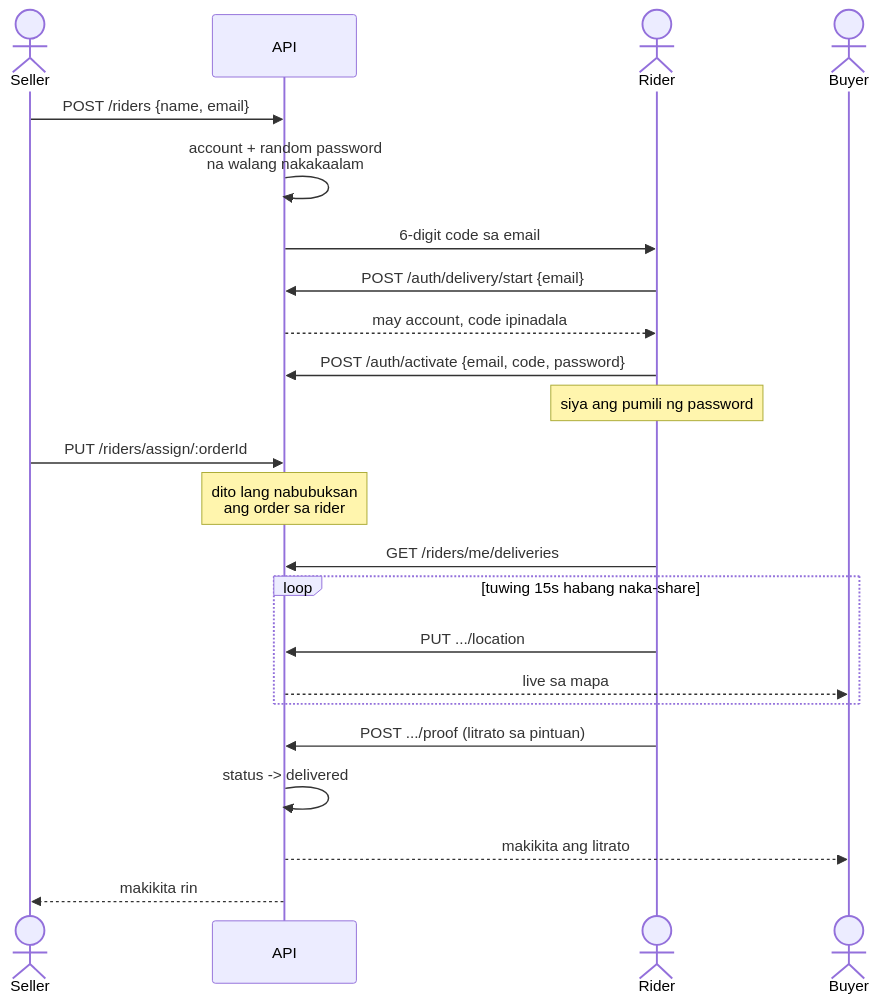
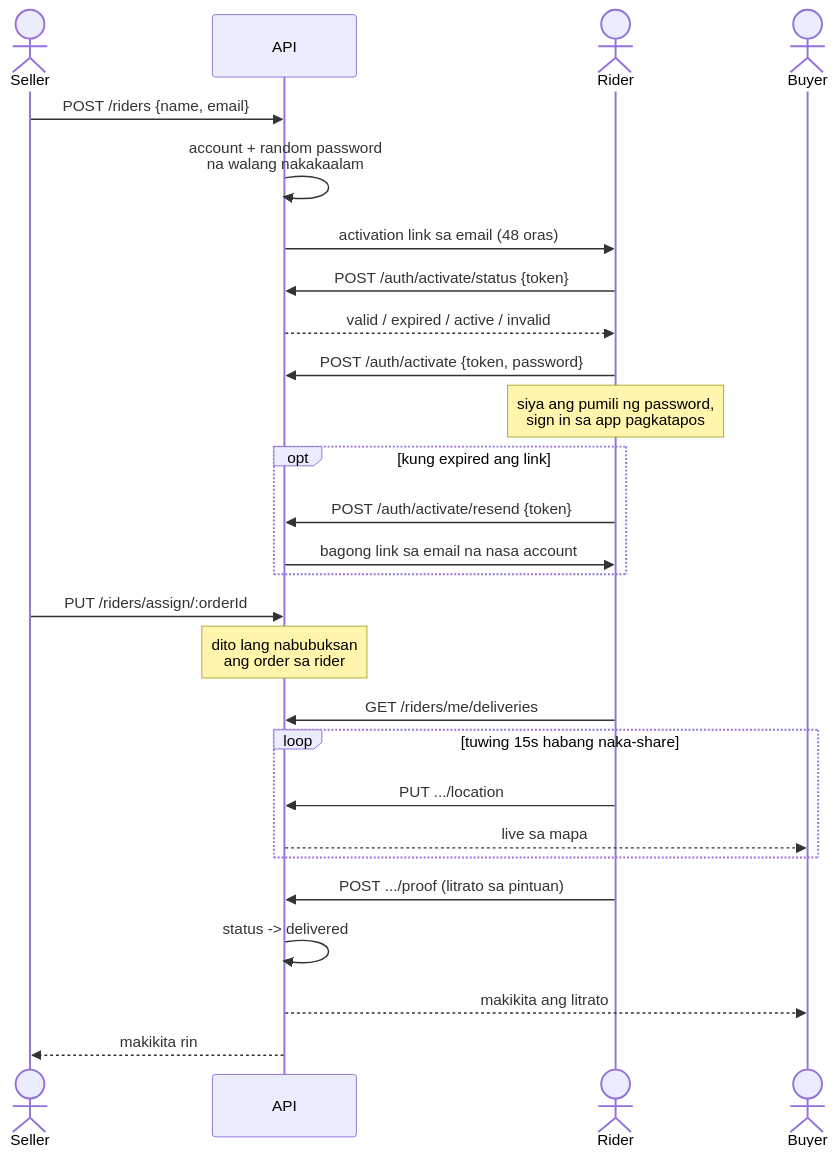
Before and after one commit to reycadealba07192303-ai/AGRI-FAIR: diagram 12 of 14 in ARCHITECTURE.md, drawn with Mermaid. The commit also changed 65 other files, not shown here.

````diff
--- a/ARCHITECTURE.md
+++ b/ARCHITECTURE.md
@@ -372,27 +372,31 @@
 ```mermaid
 sequenceDiagram
     actor S as Seller
     participant A as API
     actor R as Rider
     actor B as Buyer
 
     S->>A: POST /riders {name, email}
     A->>A: account + random password<br/>na walang nakakaalam
-    A->>R: 6-digit code sa email
-    R->>A: POST /auth/delivery/start {email}
-    A-->>R: may account, code ipinadala
-    R->>A: POST /auth/activate {email, code, password}
-    Note over R: siya ang pumili ng password
+    A->>R: activation link sa email (48 oras)
+    R->>A: POST /auth/activate/status {token}
+    A-->>R: valid / expired / active / invalid
+    R->>A: POST /auth/activate {token, password}
+    Note over R: siya ang pumili ng password,<br/>sign in sa app pagkatapos
+    opt kung expired ang link
+        R->>A: POST /auth/activate/resend {token}
+        A->>R: bagong link sa email na nasa account
+    end
 
     S->>A: PUT /riders/assign/:orderId
     Note over A: dito lang nabubuksan<br/>ang order sa rider
     R->>A: GET /riders/me/deliveries
     loop tuwing 15s habang naka-share
         R->>A: PUT .../location
         A-->>B: live sa mapa
     end
     R->>A: POST .../proof (litrato sa pintuan)
     A->>A: status -> delivered
     A-->>B: makikita ang litrato
     A-->>S: makikita rin
 ```
````
